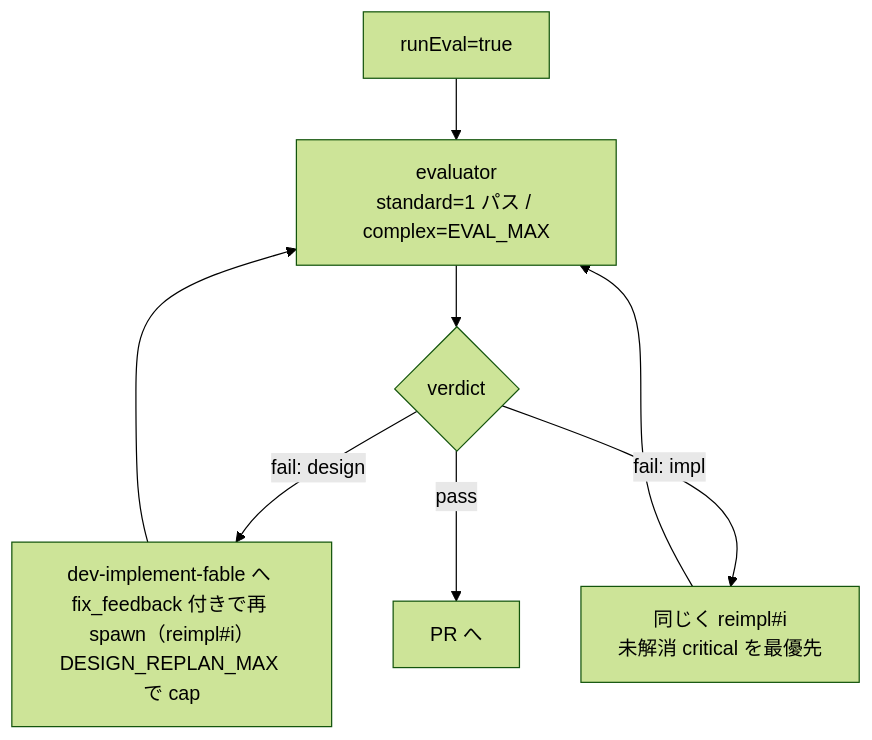
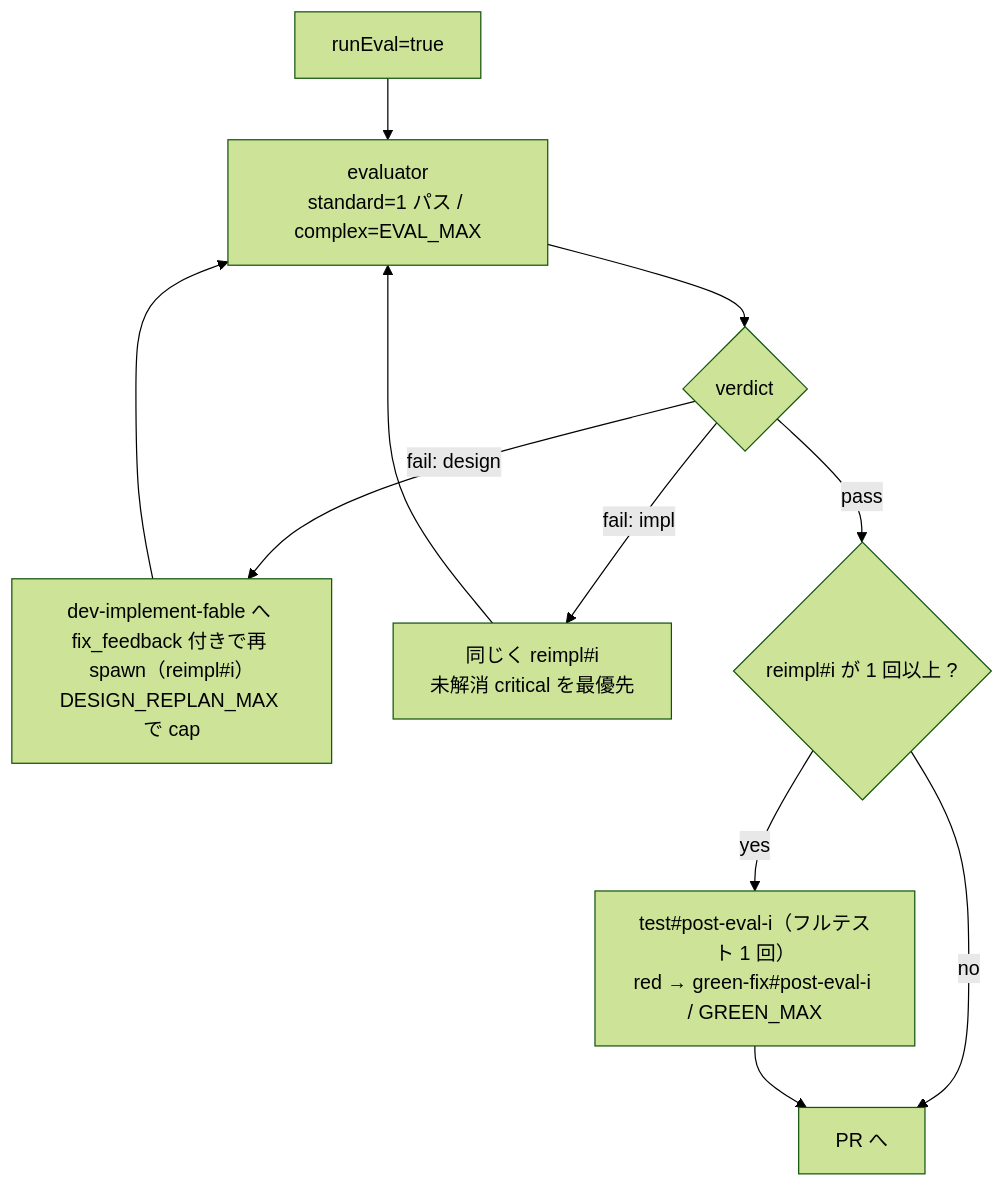
The seventh of 13 diagrams in docs/dev-flow-atlas.md (it-all-playpark/skills), drawn with Mermaid (forest theme) before and after one commit. The commit also changed other lines of this file and 5 other files, not shown here.

First line of the commit message:
feat(dev-flow): Evaluate で再実装した run は PR 前にフルテストを 1 回再実行する (#714) (#717)

````diff
--- a/docs/dev-flow-atlas.md
+++ b/docs/dev-flow-atlas.md
@@ -180,10 +180,13 @@
 ```mermaid
 flowchart TD
     IN["runEval=true"] --> E1["evaluator<br/>standard=1 パス / complex=EVAL_MAX"]
     E1 --> E2{"verdict"}
     E2 -->|"fail: design"| E3["dev-implement-fable へ fix_feedback 付きで再 spawn（reimpl#i）<br/>DESIGN_REPLAN_MAX で cap"]
     E3 --> E1
     E2 -->|"fail: impl"| E4["同じく reimpl#i<br/>未解消 critical を最優先"]
     E4 --> E1
-    E2 -->|pass| OUT["PR へ"]
+    E2 -->|pass| P0{"reimpl#i が 1 回以上 ?"}
+    P0 -->|no| OUT["PR へ"]
+    P0 -->|yes| P1["test#post-eval-i（フルテスト 1 回）<br/>red → green-fix#post-eval-i / GREEN_MAX"]
+    P1 --> OUT
 ```
````
